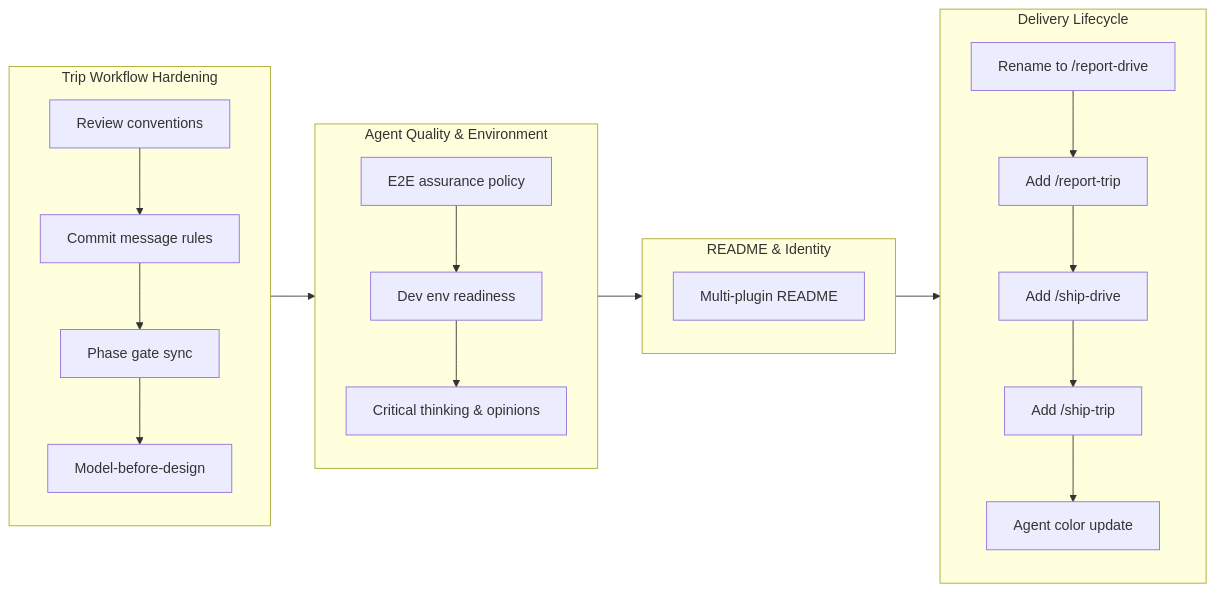
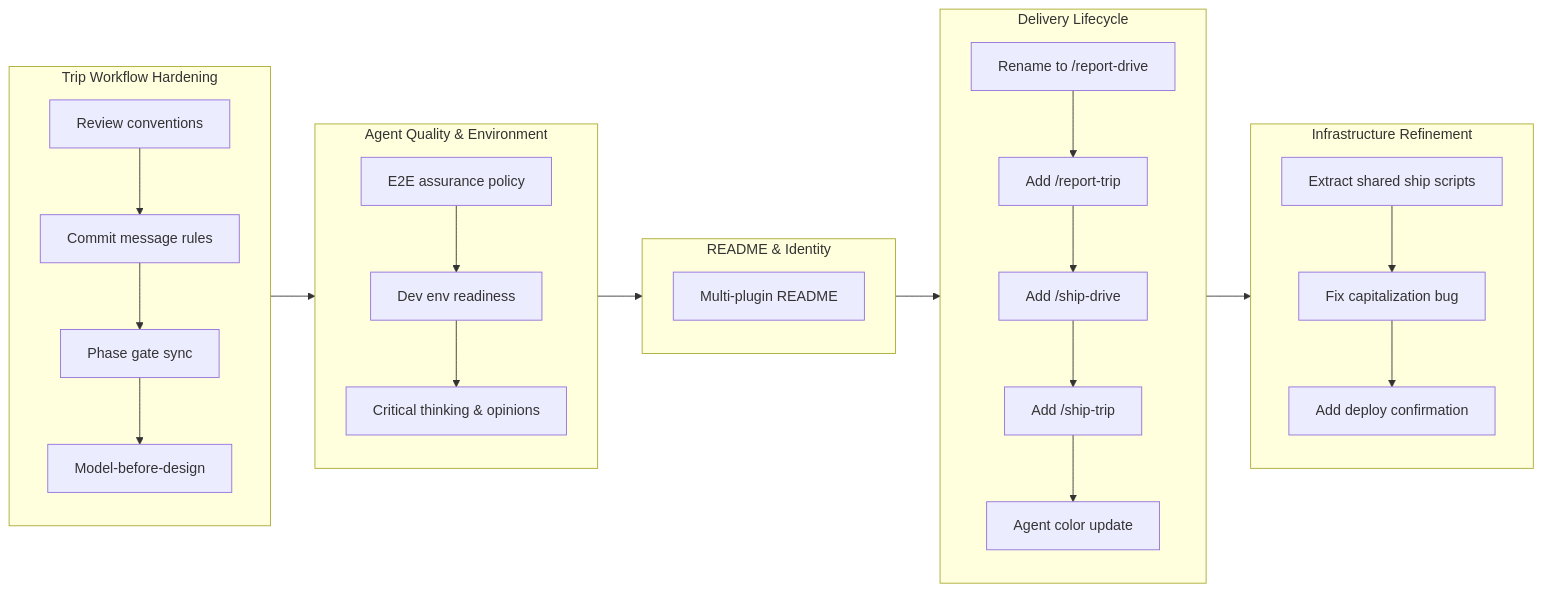
One commit to qmu/workaholic changed the diagram in .workaholic/stories/drive-20260310-220224.md. Above: the diagram before and after it, drawn with Mermaid. The commit also changed other lines of this file and 1 other file, not shown here.

````diff
--- a/.workaholic/stories/drive-20260310-220224.md
+++ b/.workaholic/stories/drive-20260310-220224.md
@@ -29,24 +29,29 @@
 ```mermaid
 flowchart LR
   subgraph Hardening[Trip Workflow Hardening]
     direction TB
     h1[Review conventions] --> h2[Commit message rules] --> h3[Phase gate sync] --> h4[Model-before-design]
   end
 
   subgraph Quality[Agent Quality & Environment]
     direction TB
     q1[E2E assurance policy] --> q2[Dev env readiness] --> q3[Critical thinking & opinions]
   end
 
   subgraph Presentation[README & Identity]
     direction TB
     p1[Multi-plugin README]
   end
 
   subgraph Lifecycle[Delivery Lifecycle]
     direction TB
     l1[Rename to /report-drive] --> l2[Add /report-trip] --> l3[Add /ship-drive] --> l4[Add /ship-trip] --> l5[Agent color update]
   end
 
-  Hardening --> Quality --> Presentation --> Lifecycle
+  subgraph Refinement[Infrastructure Refinement]
+    direction TB
+    r1[Extract shared ship scripts] --> r2[Fix capitalization bug] --> r3[Add deploy confirmation]
+  end
+
+  Hardening --> Quality --> Presentation --> Lifecycle --> Refinement
 ```
````
